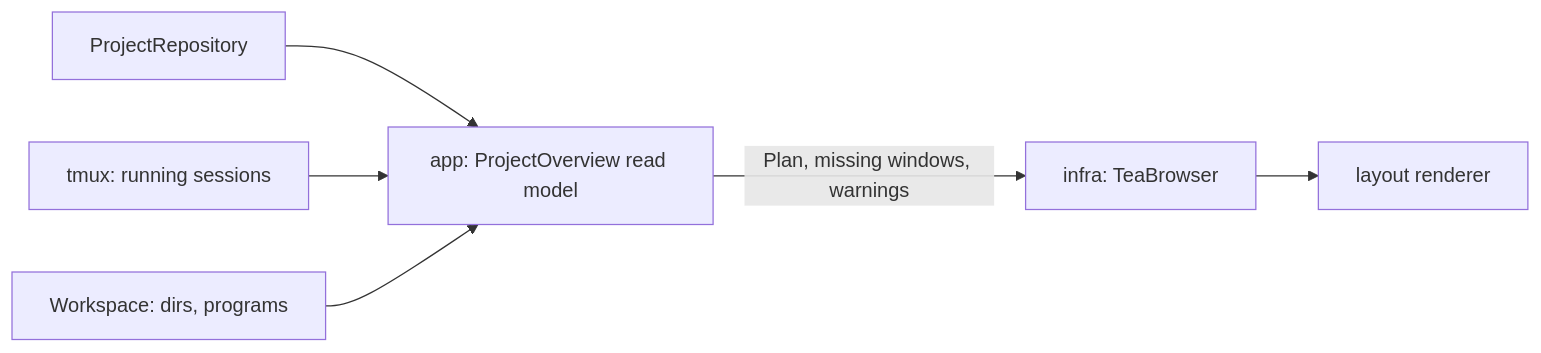
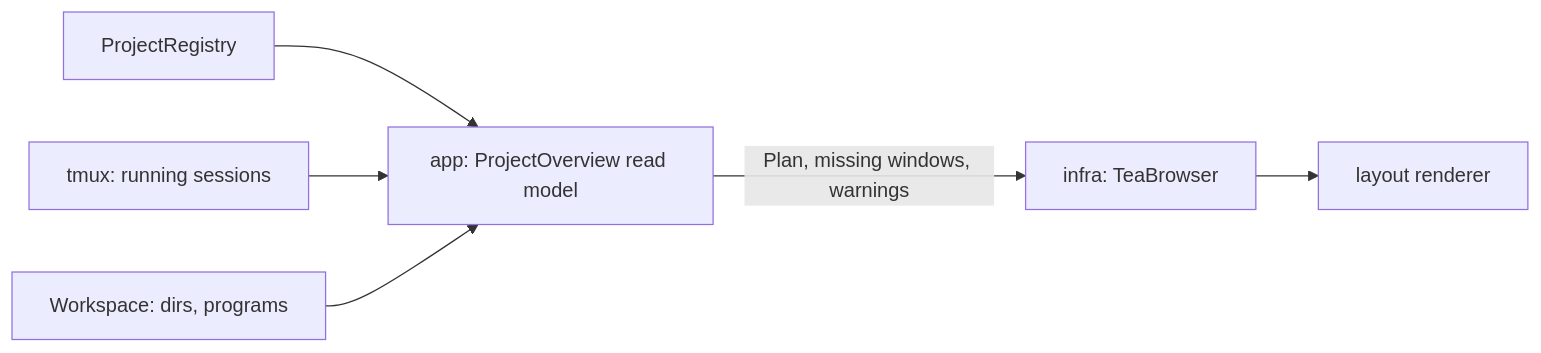
The diagram in docs/ideas.md (medilies/weaver), drawn with Mermaid before and after one commit. The commit also changed 20 other files, not shown here.

First line of the commit message:
refactor(session): rename ProjectRepository to ProjectRegistry

````diff
--- a/docs/ideas.md
+++ b/docs/ideas.md
@@ -91,8 +91,8 @@
 ```mermaid
 flowchart LR
-    Repo[ProjectRepository] --> Read[app: ProjectOverview read model]
+    Registry[ProjectRegistry] --> Read[app: ProjectOverview read model]
     Tmux[tmux: running sessions] --> Read
     WS[Workspace: dirs, programs] --> Read
     Read -->|Plan, missing windows, warnings| Browser[infra: TeaBrowser]
     Browser --> Layout[layout renderer]
 ```
````
